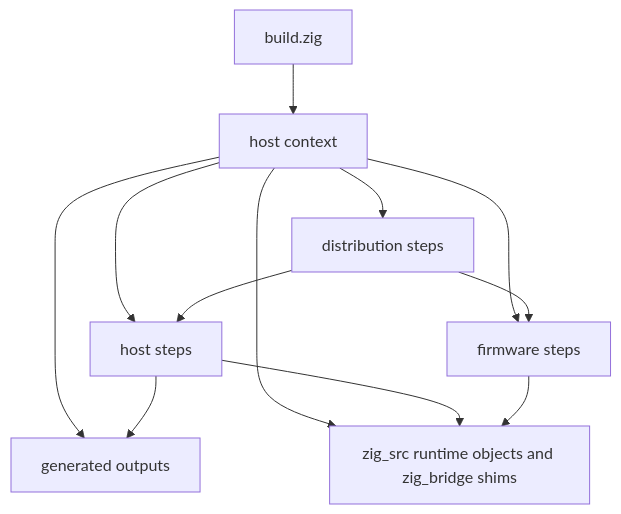
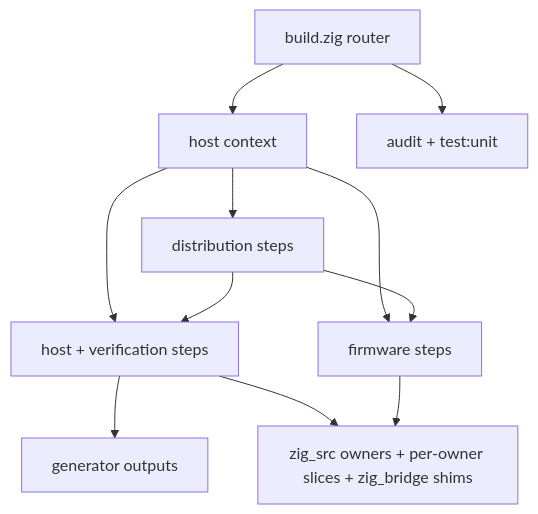
One commit to ppigazzini/z47 changed the diagram in zig_docs/20-zig-build-graph.md. Above: the diagram before and after it, drawn with Mermaid. The commit also changed other lines of this file and 10 other files, not shown here.

````diff
--- a/zig_docs/20-zig-build-graph.md
+++ b/zig_docs/20-zig-build-graph.md
@@ -48,22 +73,22 @@
 ```mermaid
 flowchart TD
-  A[build.zig]
+  A[build.zig router]
   B[host context]
-  C[host steps]
+  C[host + verification steps]
   D[firmware steps]
   E[distribution steps]
-  F[generated outputs]
-  G[zig_src runtime objects and zig_bridge shims]
+  F[generator outputs]
+  G[zig_src owners + per-owner slices + zig_bridge shims]
+  H[audit + test:unit]
 
+  A --> H
   A --> B
   B --> C
   B --> D
   B --> E
-  B --> F
-  B --> G
   C --> F
   C --> G
   D --> G
   E --> C
   E --> D
 ```
````
